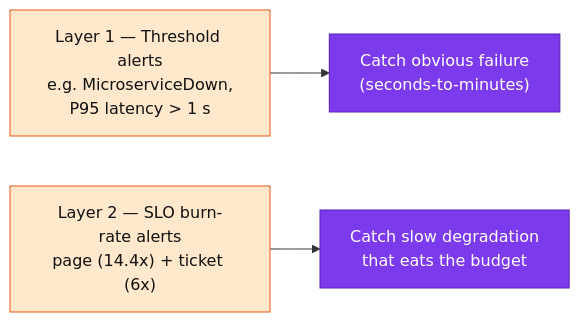
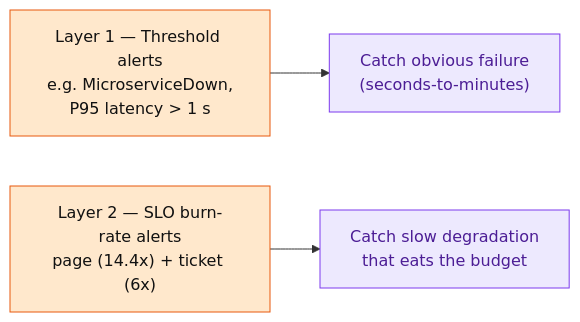
Before and after one commit to duynhlab/homelab: the second of 2 diagrams in docs/observability/slo/fundamentals.md, drawn with Mermaid. The commit also changed other lines of this file and 174 other files, not shown here.

First line of the commit message:
Soft-tint diagram palette, a signal-flow diagram, a Linux-ready Draw.io skill

````diff
--- a/docs/observability/slo/fundamentals.md
+++ b/docs/observability/slo/fundamentals.md
@@ -215,10 +215,10 @@
 ```mermaid
 flowchart LR
     L1["Layer 1 — Threshold alerts<br/>e.g. MicroserviceDown,<br/>P95 latency > 1 s"] --> R1["Catch obvious failure<br/>(seconds-to-minutes)"]
     L2["Layer 2 — SLO burn-rate alerts<br/>page (14.4x) + ticket (6x)"] --> R2["Catch slow degradation<br/>that eats the budget"]
 
     classDef metric fill:#ffe8cc,color:#111,stroke:#e8590c;
-    classDef platform fill:#7c3aed,color:#fff,stroke:#5b21b6;
+    classDef platform fill:#ede9fe,color:#4c1d95,stroke:#7c3aed;
     class L1,L2 metric;
     class R1,R2 platform;
 ```
````
